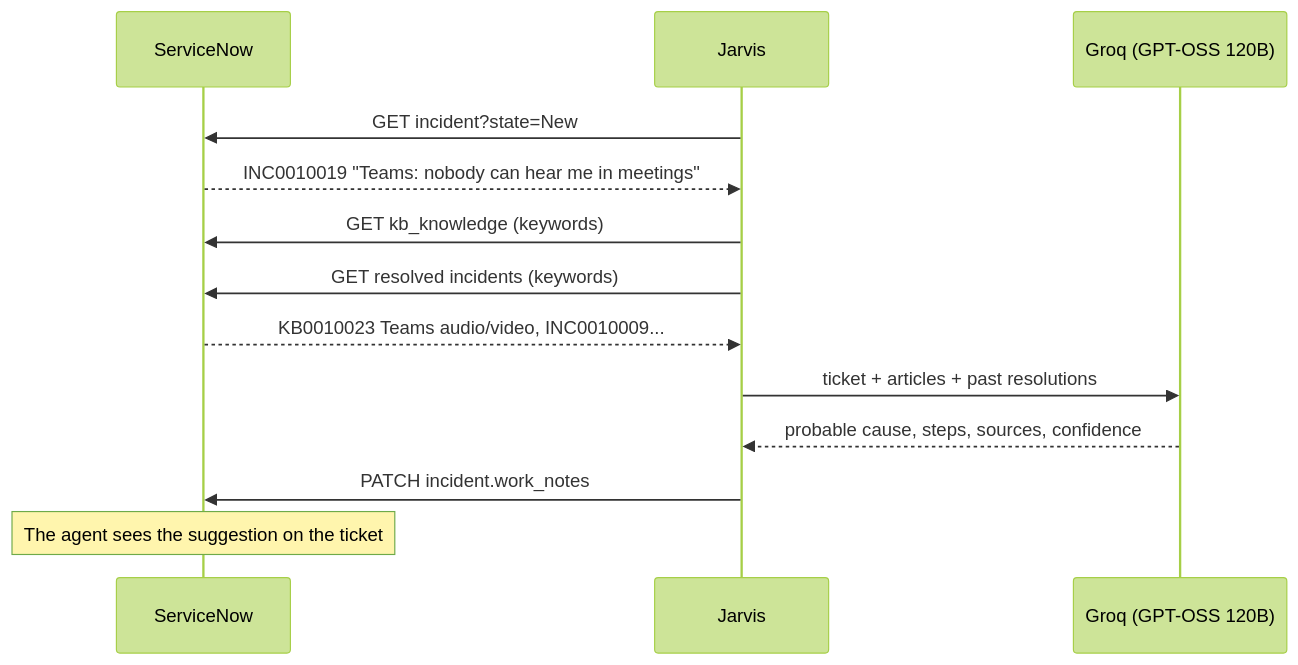
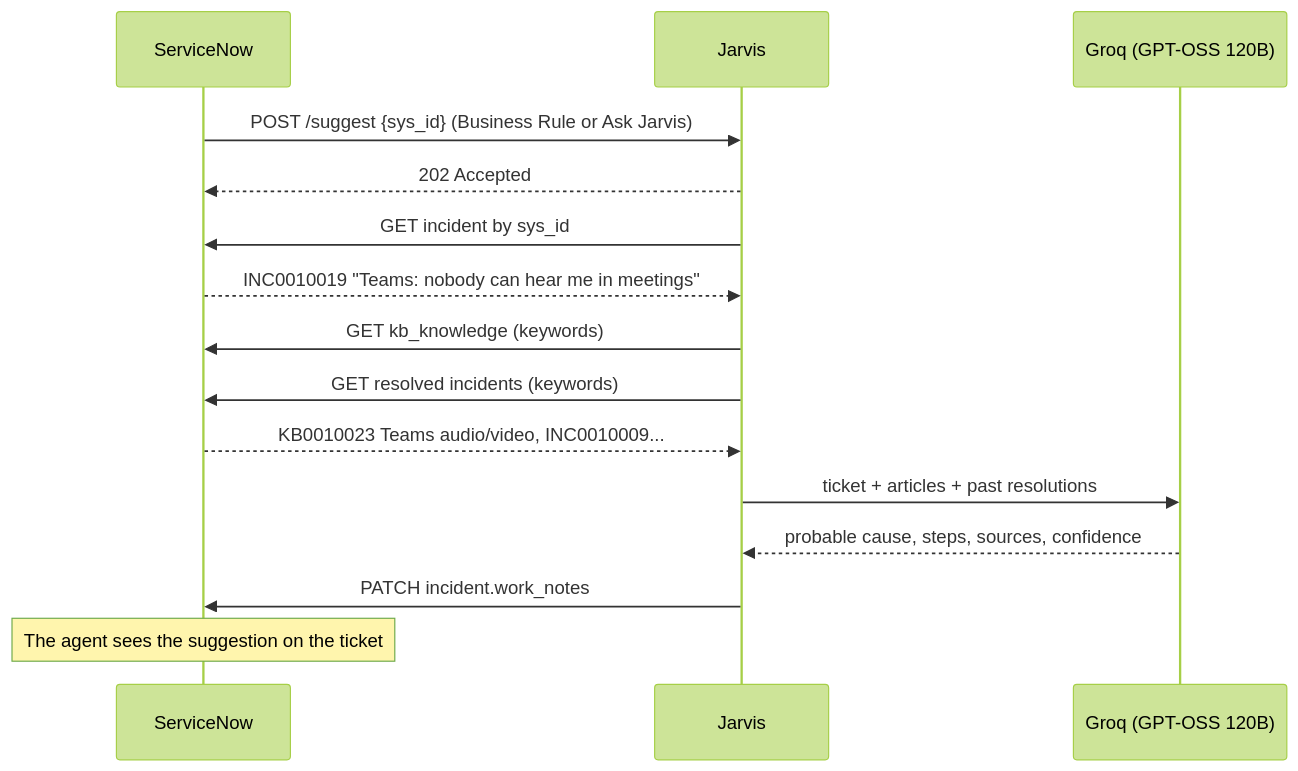
One commit to tortonef/jarvis-servicenow changed the second of 2 diagrams in README.md. Above: the diagram before and after it, drawn with Mermaid (forest theme). The commit also changed other lines of this file and 6 other files, not shown here.

First line of the commit message:
Push mode: Ask Jarvis button and Business Rule on new incidents

````diff
--- a/README.md
+++ b/README.md
@@ -27,15 +29,17 @@
 ```mermaid
 sequenceDiagram
     participant SN as ServiceNow
     participant J as Jarvis
     participant LLM as Groq (GPT-OSS 120B)
-    J->>SN: GET incident?state=New
+    SN->>J: POST /suggest {sys_id} (Business Rule or Ask Jarvis)
+    J-->>SN: 202 Accepted
+    J->>SN: GET incident by sys_id
     SN-->>J: INC0010019 "Teams: nobody can hear me in meetings"
     J->>SN: GET kb_knowledge (keywords)
     J->>SN: GET resolved incidents (keywords)
     SN-->>J: KB0010023 Teams audio/video, INC0010009...
     J->>LLM: ticket + articles + past resolutions
     LLM-->>J: probable cause, steps, sources, confidence
     J->>SN: PATCH incident.work_notes
     Note over SN: The agent sees the suggestion on the ticket
 ```
````
